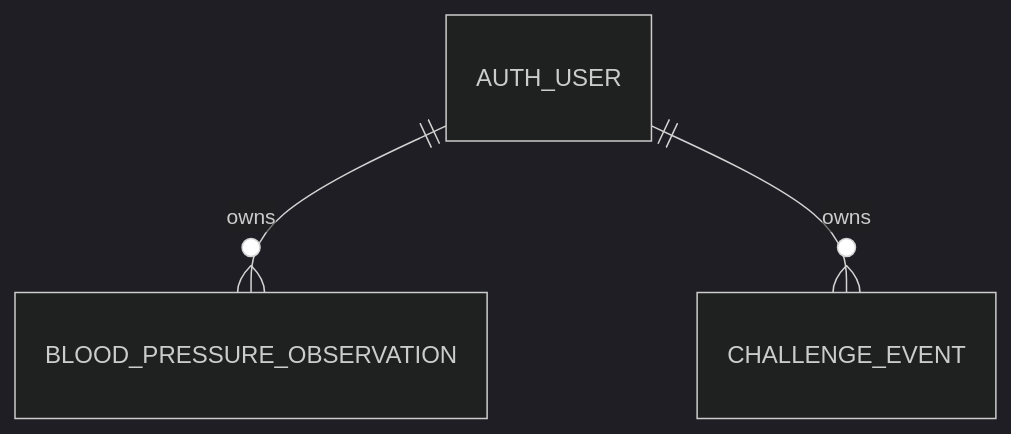
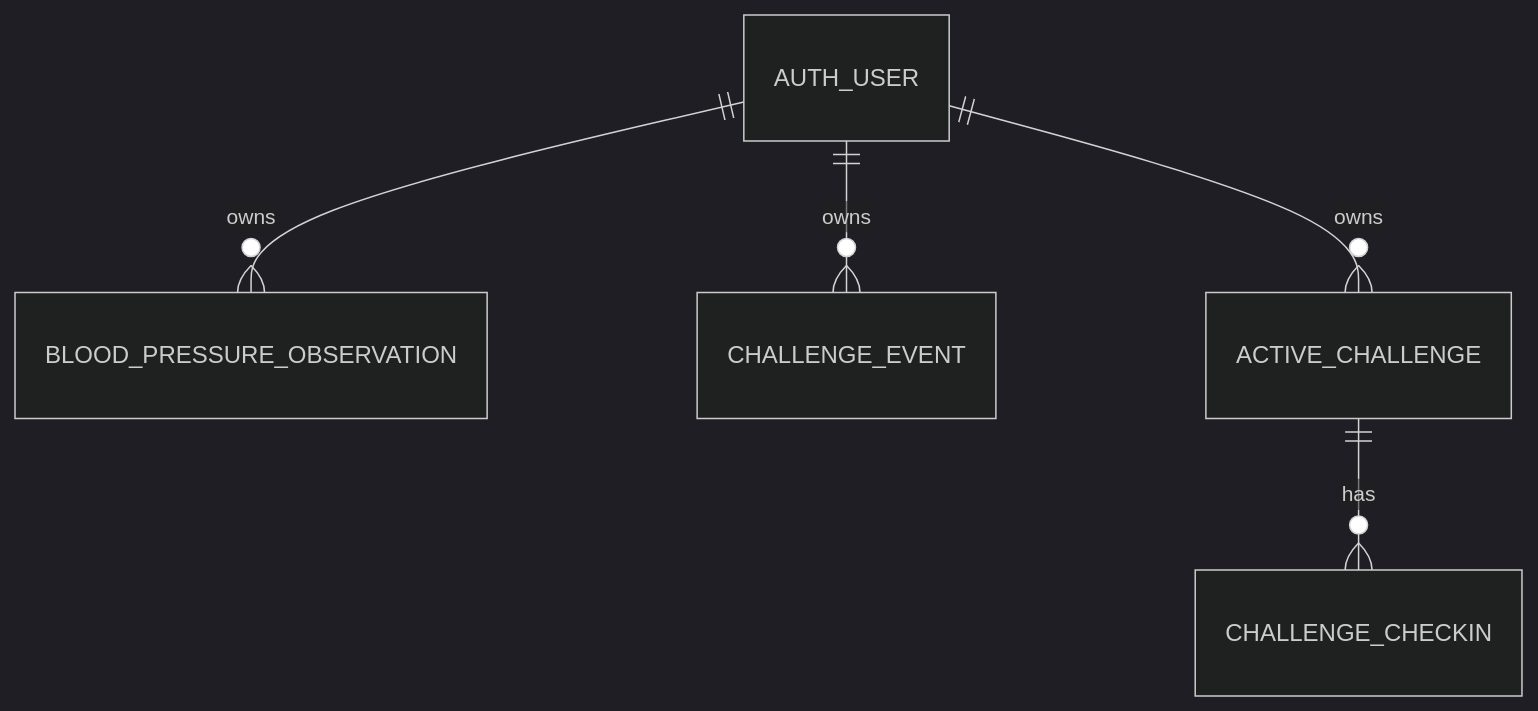
Before and after one commit to AI-HealthCare-05/AH_05_07: the second of 3 diagrams in docs/architecture.md, drawn with Mermaid (dark theme). The commit also changed other lines of this file and 14 other files, not shown here.

Commit message:
feat: enforce one active seven-day challenge (#106)

````diff
--- a/docs/architecture.md
+++ b/docs/architecture.md
@@ -20,5 +20,7 @@
 ```mermaid
 erDiagram
     AUTH_USER ||--o{ BLOOD_PRESSURE_OBSERVATION : owns
     AUTH_USER ||--o{ CHALLENGE_EVENT : owns
+    AUTH_USER ||--o{ ACTIVE_CHALLENGE : owns
+    ACTIVE_CHALLENGE ||--o{ CHALLENGE_CHECKIN : has
 ```
````
